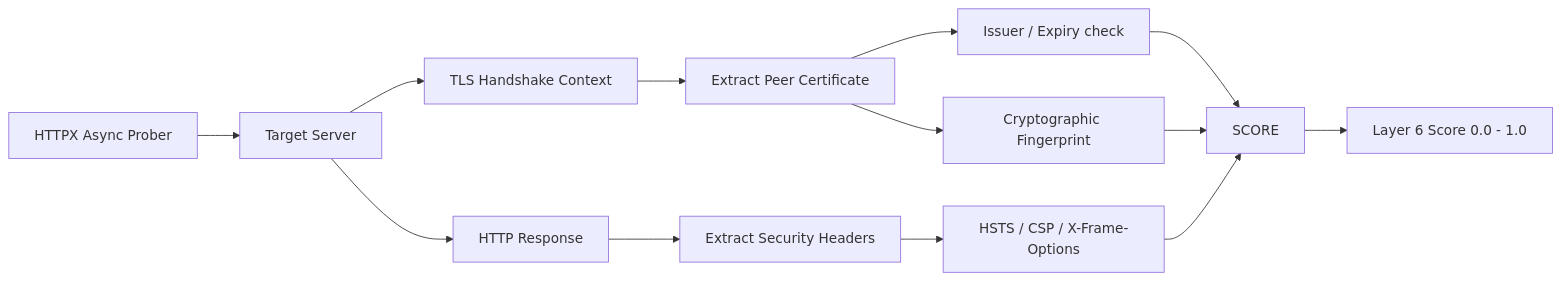
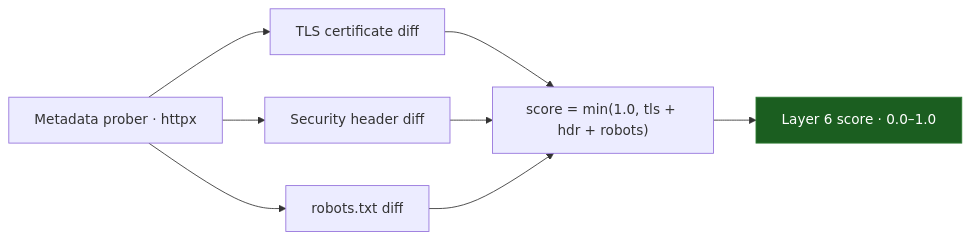
The diagram in docs/layers/6-security-metadata.mdx (Ns81000/WARDRESS), drawn with Mermaid before and after one commit. The commit also changed other lines of this file and 20 other files, not shown here.

Commit message:
docs: initialize project documentation suite with architectural overviews, detection layer details, and frontend workbench guides

````diff
--- a/docs/layers/6-security-metadata.mdx
+++ b/docs/layers/6-security-metadata.mdx
@@ -12,18 +15,13 @@
 ```mermaid
-graph LR
-    PROBER[HTTPX Async Prober] --> REQ[Target Server]
-    REQ --> RESP[HTTP Response]
-    REQ --> HANDSHAKE[TLS Handshake Context]
-    
-    HANDSHAKE --> CERT[Extract Peer Certificate]
-    CERT --> ISSUER[Issuer / Expiry check]
-    CERT --> FINGERPRINT[Cryptographic Fingerprint]
-    
-    RESP --> HEADERS[Extract Security Headers]
-    HEADERS --> HSTS[HSTS / CSP / X-Frame-Options]
-    
-    ISSUER --> SCORE
-    FINGERPRINT --> SCORE
-    HSTS --> SCORE
-    SCORE --> OUT[Layer 6 Score 0.0 - 1.0]
+flowchart LR
+    PR[Metadata prober · httpx] --> TLS[TLS certificate diff]
+    PR --> HDR[Security header diff]
+    PR --> RB[robots.txt diff]
+    TLS --> SUM["score = min(1.0, tls + hdr + robots)"]
+    HDR --> SUM
+    RB --> SUM
+    SUM --> OUT[Layer 6 score · 0.0–1.0]
+
+    classDef out fill:#1b5e20,stroke:#2e7d32,color:#fff;
+    class OUT out;
 ```
````
